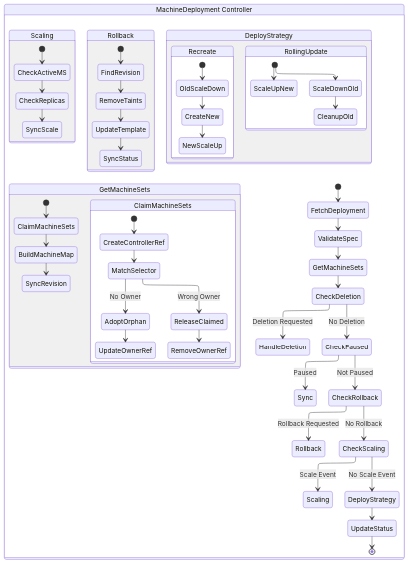
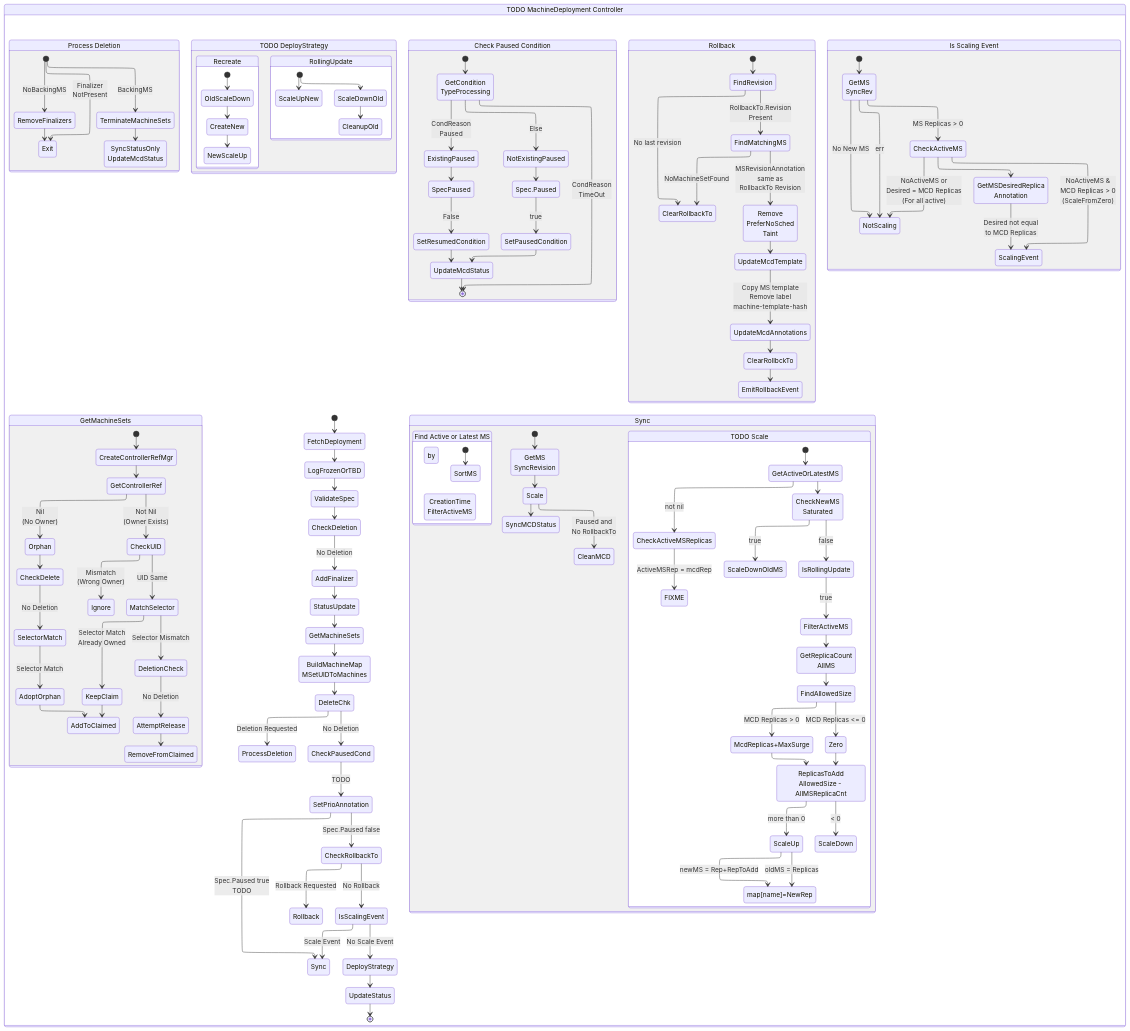
Diagram 13 of 13 in content/notes/2fast2mcm.md (brongulus/brongulus.github.io), drawn with Mermaid before and after one commit. The commit also changed other lines of this file and 130 other files, not shown here.

```diff
--- a/content/notes/2fast2mcm.md
+++ b/content/notes/2fast2mcm.md
@@ -699,55 +727,153 @@
     layout: elk
 ---
 stateDiagram-v2
-    state "MachineDeployment Controller" as MDC {
+    state "TODO MachineDeployment Controller" as MDC {
         [*] --> FetchDeployment
-        FetchDeployment --> ValidateSpec
-        ValidateSpec --> GetMachineSets
+        FetchDeployment --> LogFrozenOrTBD
+        LogFrozenOrTBD --> ValidateSpec
+        ValidateSpec --> CheckDeletion
         
         state "GetMachineSets" as GMS {
-            [*] --> ClaimMachineSets
-            ClaimMachineSets --> BuildMachineMap
-            BuildMachineMap --> SyncRevision
-            
-            state "ClaimMachineSets" as CMS {
-                [*] --> CreateControllerRef
-                CreateControllerRef --> MatchSelector
-                MatchSelector --> AdoptOrphan : No Owner
-                MatchSelector --> ReleaseClaimed : Wrong Owner
+            [*] --> CreateControllerRefMgr
+            CreateControllerRefMgr --> GetControllerRef
+            GetControllerRef --> Orphan : Nil<br/>(No Owner)
+            GetControllerRef --> CheckUID : Not Nil<br/>(Owner Exists)
 
-                AdoptOrphan --> UpdateOwnerRef
-                ReleaseClaimed --> RemoveOwnerRef
-            }
+            CheckUID --> Ignore : Mismatch<br/>(Wrong Owner)
+            CheckUID --> MatchSelector : UID Same
+            Orphan --> CheckDelete
+            CheckDelete --> SelectorMatch : No Deletion
+            SelectorMatch --> AdoptOrphan : Selector Match
+
+            MatchSelector --> KeepClaim : Selector Match<br/>Already Owned
+            MatchSelector --> DeletionCheck : Selector Mismatch
+            DeletionCheck --> AttemptRelease : No Deletion
+
+            KeepClaim --> AddToClaimed
+            AdoptOrphan --> AddToClaimed
+            AttemptRelease --> RemoveFromClaimed
         }
         
-        GetMachineSets --> CheckDeletion
-        CheckDeletion --> HandleDeletion : Deletion Requested
-        CheckDeletion --> CheckPaused : No Deletion
+        CheckDeletion --> AddFinalizer : No Deletion
+        AddFinalizer --> StatusUpdate
+        StatusUpdate --> GetMachineSets
+
+        GetMachineSets --> BuildMachineMap<br/>MSetUIDToMachines
+        BuildMachineMap<br/>MSetUIDToMachines --> DeleteChk
+        DeleteChk --> CheckPausedCond : No Deletion
+        DeleteChk --> ProcessDeletion : Deletion Requested
         
-        
-        CheckPaused --> Sync : Paused
-        CheckPaused --> CheckRollback : Not Paused
+        state "Process Deletion" as DC {
+            [*] --> Exit : Finalizer<br/>NotPresent
+            [*] --> RemoveFinalizers : NoBackingMS
+            [*] --> TerminateMachineSets : BackingMS
+            
+            TerminateMachineSets --> SyncStatusOnly<br/>UpdateMcdStatus
+            RemoveFinalizers --> Exit
+        }
+
+        state "Check Paused Condition" as CPC {
+            [*] --> GetCondition<br/>TypeProcessing
+            
+            GetCondition<br/>TypeProcessing --> [*] : CondReason<br/>TimeOut
+            GetCondition<br/>TypeProcessing --> ExistingPaused : CondReason<br/>Paused
+            GetCondition<br/>TypeProcessing --> NotExistingPaused : Else
+            
+            NotExistingPaused --> Spec.Paused
+            Spec.Paused --> SetPausedCondition : true
+
+            ExistingPaused --> SpecPaused
+            SpecPaused --> SetResumedCondition : False
+
+            SetPausedCondition --> UpdateMcdStatus
+            SetResumedCondition --> UpdateMcdStatus
+
+            UpdateMcdStatus --> [*]
+        }
+
+        CheckPausedCond --> SetPrioAnnotation : TODO
+
+        SetPrioAnnotation --> Sync : Spec.Paused true<br/>TODO
+        SetPrioAnnotation --> CheckRollbackTo : Spec.Paused false
         
         state "Rollback" as RB {
             [*] --> FindRevision
-            FindRevision --> RemoveTaints
-            RemoveTaints --> UpdateTemplate
-            UpdateTemplate --> SyncStatus
+            FindRevision --> FindMatchingMS : RollbackTo.Revision<br/>Present
+            FindRevision --> ClearRollbackTo : No last revision
+
+            FindMatchingMS --> Remove<br/>PreferNoSched<br/>Taint : MSRevisionAnnotation<br/>same as<br/>RollbackTo Revision
+            FindMatchingMS --> ClearRollbackTo : NoMachineSetFound
+            
+            Remove<br/>PreferNoSched<br/>Taint --> UpdateMcdTemplate
+            UpdateMcdTemplate --> UpdateMcdAnnotations : Copy MS template<br/>Remove label<br/>machine-template-hash
+
+            UpdateMcdAnnotations --> ClearRollbckTo
+            ClearRollbckTo --> EmitRollbackEvent
         }
         
-        CheckRollback --> Rollback : Rollback Requested
-        CheckRollback --> CheckScaling : No Rollback
+        CheckRollbackTo --> Rollback : Rollback Requested
+        CheckRollbackTo --> IsScalingEvent : No Rollback
         
-        state "Scaling" as SC {
-            [*] --> CheckActiveMS
-            CheckActiveMS --> CheckReplicas
-            CheckReplicas --> SyncScale
+        state "Is Scaling Event" as SC {
+            [*] --> GetMS<br/>SyncRev
+            GetMS<br/>SyncRev --> NotScaling : err
+            GetMS<br/>SyncRev --> NotScaling : No New MS
+            
+            GetMS<br/>SyncRev --> CheckActiveMS : MS Replicas > 0
+            CheckActiveMS --> ScalingEvent : NoActiveMS &<br/>MCD Replicas > 0<br/>(ScaleFromZero)
+            
+            CheckActiveMS --> GetMSDesiredReplica<br/>Annotation
+            GetMSDesiredReplica<br/>Annotation --> ScalingEvent : Desired not equal<br/>to MCD Replicas
+
+            CheckActiveMS --> NotScaling : NoActiveMS or<br/>Desired = MCD Replicas<br/>(For all active)
         }
         
-        CheckScaling --> Scaling : Scale Event
-        CheckScaling --> DeployStrategy : No Scale Event
-        
-        state "DeployStrategy" as DS {
+        IsScalingEvent --> Sync : Scale Event
+        IsScalingEvent --> DeployStrategy : No Scale Event
+
+        state "Sync" as SN {
+            [*] --> GetMS<br/>SyncRevision
+            GetMS<br/>SyncRevision --> Scale
+            Scale --> CleanMCD : Paused and<br/>No RollbackTo
+            Scale --> SyncMCDStatus
+
+            state "Find Active or Latest MS" as ALMS {
+            [*] --> SortMS by CreationTime<br/>FilterActiveMS
+            }
+
+            state "TODO Scale" as SCC {
+                state "ReplicasToAdd<br/>AllowedSize - AllMSReplicaCnt" as ReplicasToAdd
+                
+                [*] --> GetActiveOrLatestMS
+                GetActiveOrLatestMS --> CheckActiveMSReplicas : not nil
+                GetActiveOrLatestMS --> CheckNewMS<br/>Saturated
+
+                CheckActiveMSReplicas --> FIXME : ActiveMSRep = mcdRep
+
+                CheckNewMS<br/>Saturated --> ScaleDownOldMS : true
+                CheckNewMS<br/>Saturated --> IsRollingUpdate : false
+
+                IsRollingUpdate --> FilterActiveMS : true
+                FilterActiveMS --> GetReplicaCount<br/>AllMS
+
+                GetReplicaCount<br/>AllMS --> FindAllowedSize
+
+                FindAllowedSize --> Zero : MCD Replicas <= 0
+                FindAllowedSize --> McdReplicas+MaxSurge : MCD Replicas > 0
+
+                Zero --> ReplicasToAdd
+                McdReplicas+MaxSurge --> ReplicasToAdd
+
+                ReplicasToAdd --> ScaleUp : more than 0
+                ReplicasToAdd --> ScaleDown : < 0
+
+                ScaleUp --> map[name]=NewRep : oldMS = Replicas
+                ScaleUp --> map[name]=NewRep : newMS = Rep+RepToAdd
+                
+            }
+        }
+
+        state "TODO DeployStrategy" as DS {
             state "Recreate" as RC {
                 [*] --> OldScaleDown
                 OldScaleDown --> CreateNew
```
